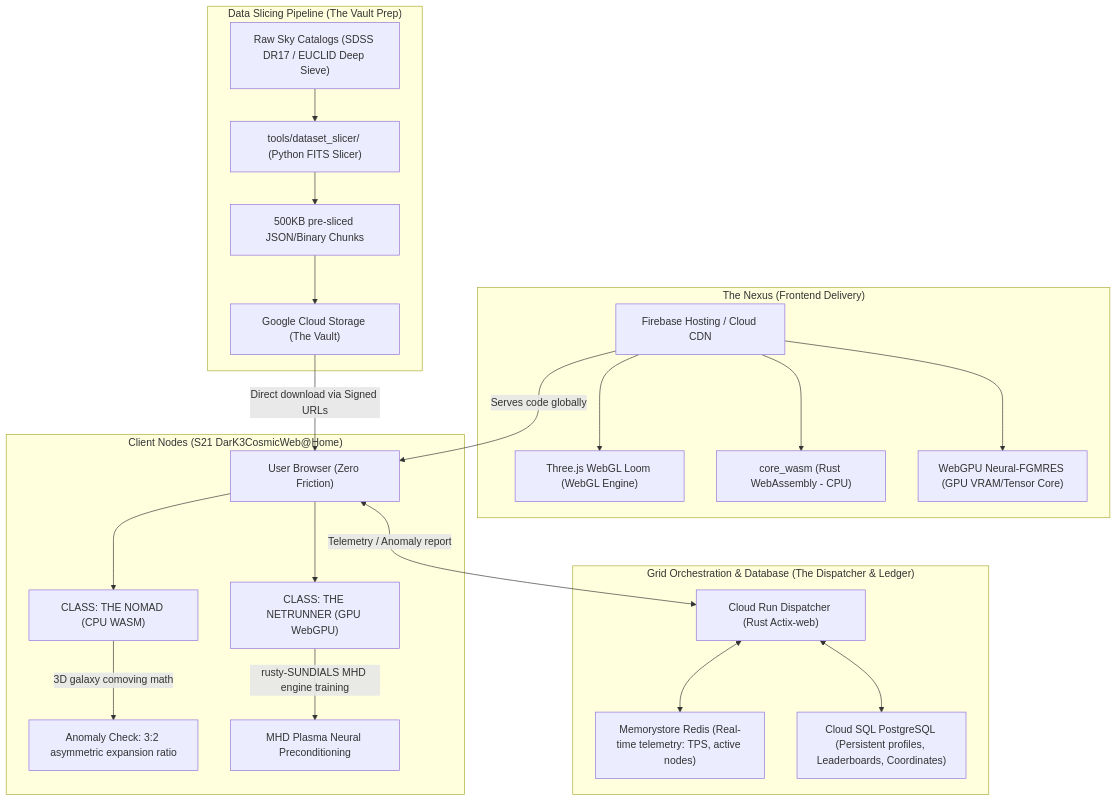
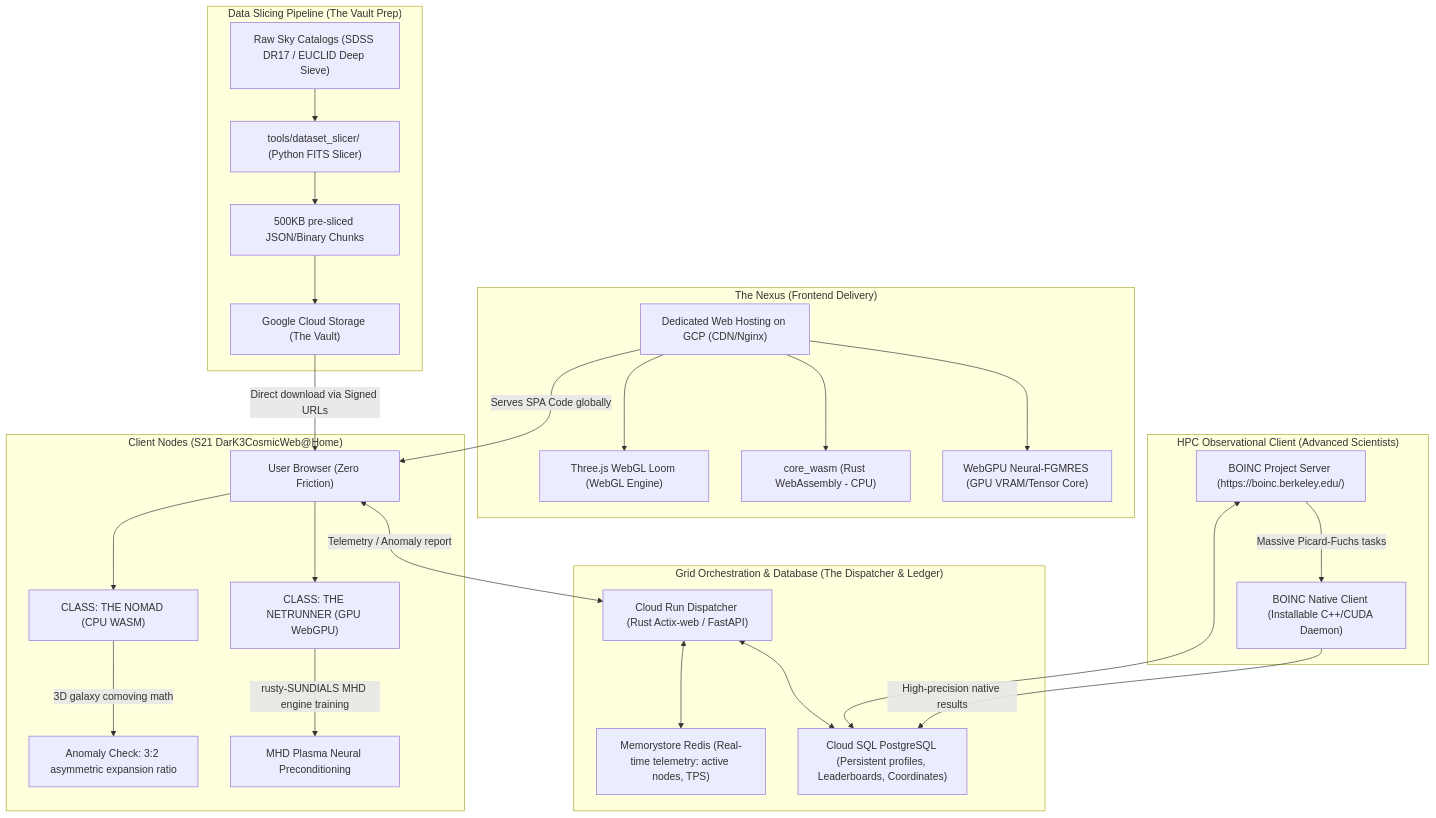
The diagram in ROADMAP.md (xaviercallens/DarkMatterK3-Home.github.io), drawn with Mermaid before and after one commit. The commit also changed other lines of this file, not shown here.

Commit message:
docs: expand ROADMAP with federated WASM/WebGPU compilation and BOINC integration for advanced scientists

````diff
--- a/ROADMAP.md
+++ b/ROADMAP.md
@@ -12,43 +12,52 @@
 ```mermaid
 flowchart TD
     %% Define styles and shapes
     subgraph DataPrep ["Data Slicing Pipeline (The Vault Prep)"]
         RawData["Raw Sky Catalogs (SDSS DR17 / EUCLID Deep Sieve)"] --> Slicer["tools/dataset_slicer/ (Python FITS Slicer)"]
         Slicer --> Chunks["500KB pre-sliced JSON/Binary Chunks"]
         Chunks --> GCS["Google Cloud Storage (The Vault)"]
     end
 
     subgraph NexusFrontend ["The Nexus (Frontend Delivery)"]
-        Firebase["Firebase Hosting / Cloud CDN"]
+        Firebase["Dedicated Web Hosting on GCP (CDN/Nginx)"]
         ThreeJS["Three.js WebGL Loom (WebGL Engine)"]
         RustWASM["core_wasm (Rust WebAssembly - CPU)"]
         WebGPU["WebGPU Neural-FGMRES (GPU VRAM/Tensor Core)"]
         
         Firebase --> ThreeJS
         Firebase --> RustWASM
         Firebase --> WebGPU
     end
 
     subgraph ClientExecution ["Client Nodes (S21 DarK3CosmicWeb@Home)"]
         Browser["User Browser (Zero Friction)"]
         GCS -- "Direct download via Signed URLs" --> Browser
         Browser --> ClassNomad["CLASS: THE NOMAD (CPU WASM)"]
         Browser --> ClassNetrunner["CLASS: THE NETRUNNER (GPU WebGPU)"]
         
         ClassNomad --> |"3D galaxy comoving math"| AnomalyDetection["Anomaly Check: 3:2 asymmetric expansion ratio"]
         ClassNetrunner --> |"rusty-SUNDIALS MHD engine training"| PlasmaStabilization["MHD Plasma Neural Preconditioning"]
     end
 
+    subgraph BoincExecution ["HPC Observational Client (Advanced Scientists)"]
+        BoincClient["BOINC Native Client (Installable C++/CUDA Daemon)"]
+        BoincServer["BOINC Project Server (https://boinc.berkeley.edu/)"]
+        
+        BoincServer --> |"Massive Picard-Fuchs tasks"| BoincClient
+    end
+
     subgraph GridBackend ["Grid Orchestration & Database (The Dispatcher & Ledger)"]
-        CloudRun["Cloud Run Dispatcher (Rust Actix-web)"]
-        Redis["Memorystore Redis (Real-time telemetry: TPS, active nodes)"]
+        CloudRun["Cloud Run Dispatcher (Rust Actix-web / FastAPI)"]
+        Redis["Memorystore Redis (Real-time telemetry: active nodes, TPS)"]
         Postgres["Cloud SQL PostgreSQL (Persistent profiles, Leaderboards, Coordinates)"]
         
         CloudRun <--> Redis
         CloudRun <--> Postgres
+        BoincServer <--> Postgres
     end
 
     %% Interactions
     Browser <--> |"Telemetry / Anomaly report"| CloudRun
-    Firebase -- "Serves code globally" --> Browser
+    Firebase -- "Serves SPA Code globally" --> Browser
+    BoincClient --> |"High-precision native results"| Postgres
 ```
````
